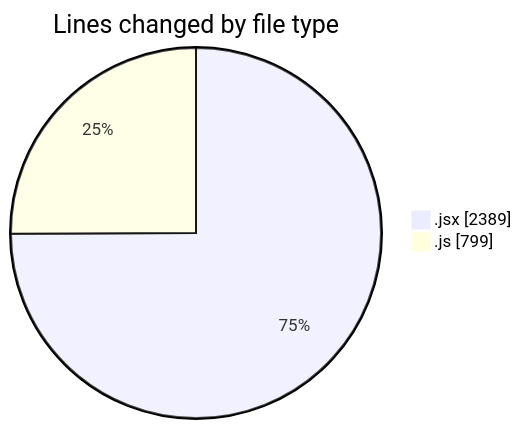
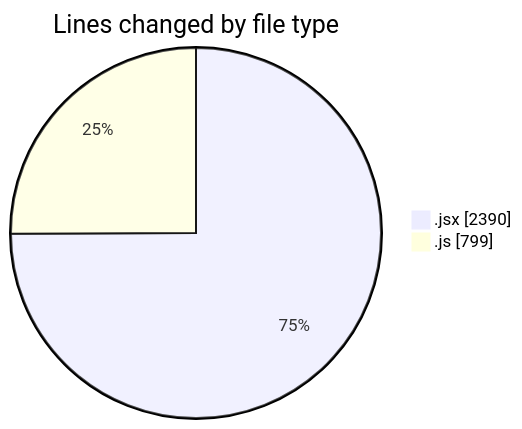
One commit to nxtqubesakshisongat/code-tracking changed the first of 2 diagrams in 2025-07-14/argos/README.md. Above: the diagram before and after it, drawn with Mermaid. The commit also changed other lines of this file and 1 other file, not shown here.

````diff
--- a/2025-07-14/argos/README.md
+++ b/2025-07-14/argos/README.md
@@ -24,6 +24,6 @@
 ```mermaid
 pie showData
 title Lines changed by file type
-".jsx" : 2389
+".jsx" : 2390
 ".js" : 799
 ```
````
